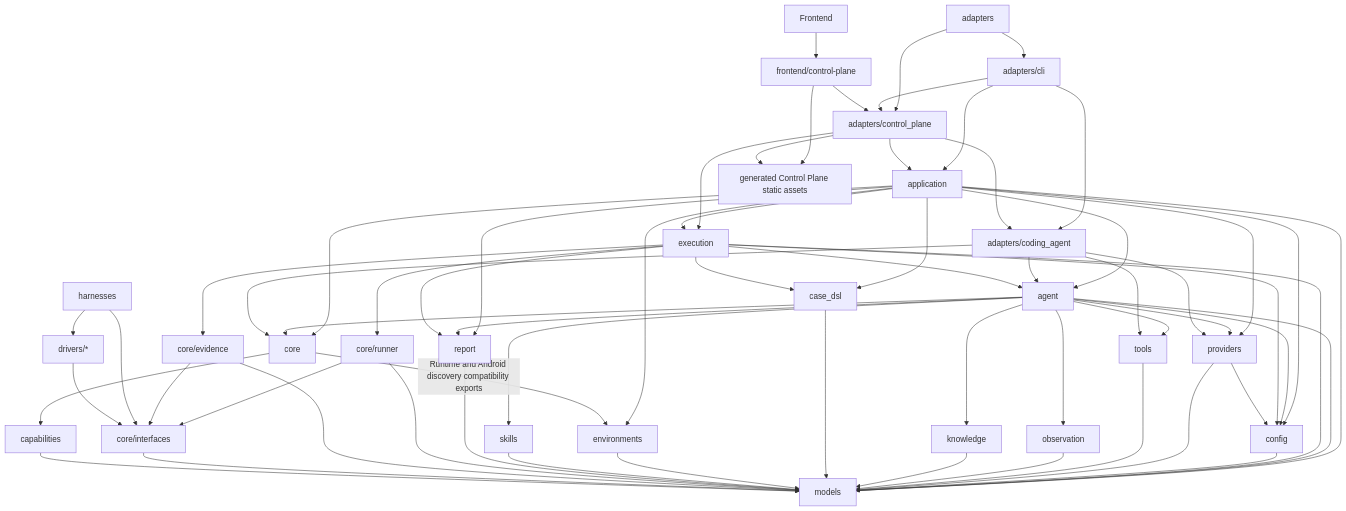
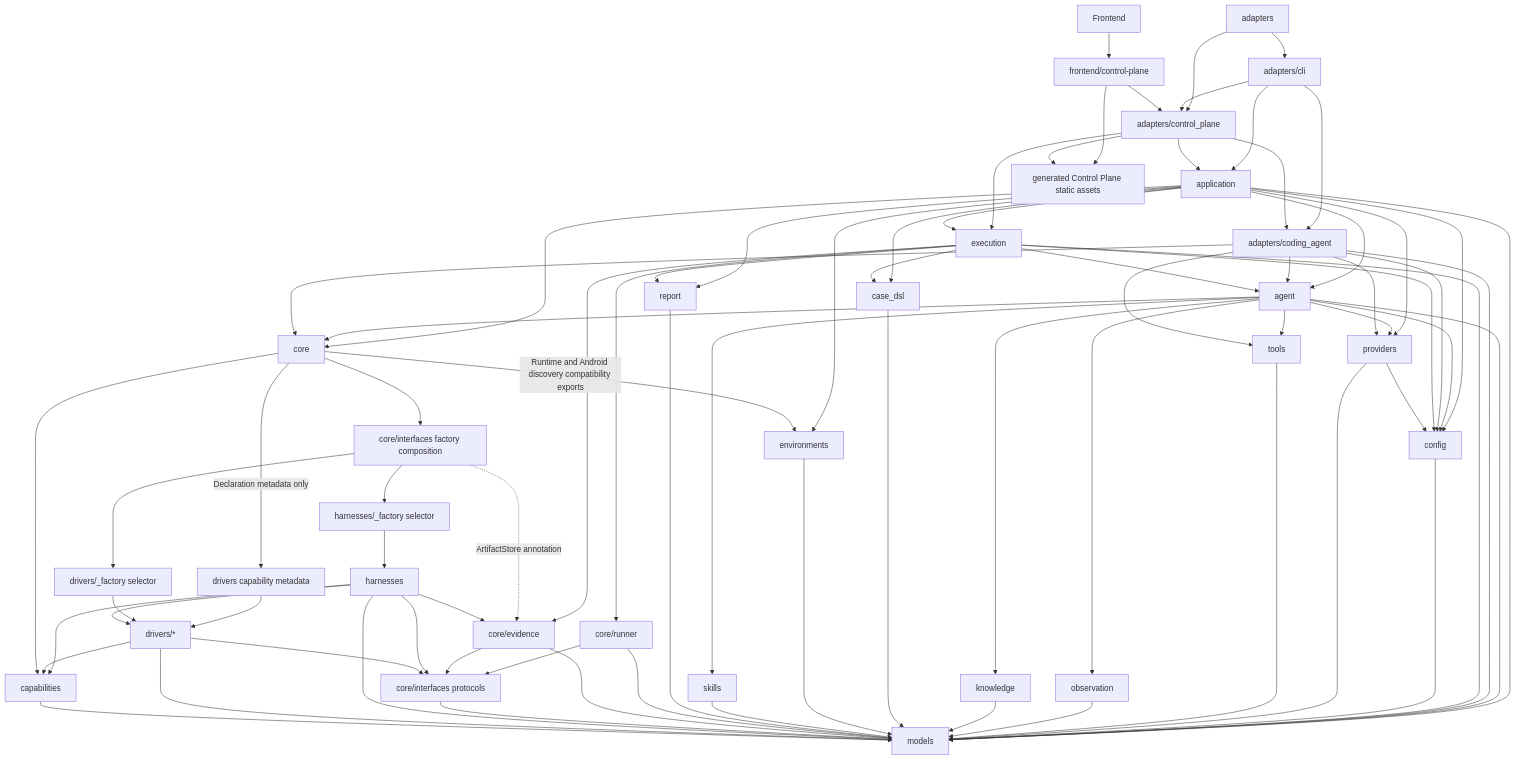
The diagram in SPEC.md (houlianpi/FSQ), drawn with Mermaid before and after one commit. The commit also changed other lines of this file and 162 other files, not shown here.

````diff
--- a/SPEC.md
+++ b/SPEC.md
@@ -187,65 +199,79 @@
 ```mermaid
 flowchart TD
     Adapters[adapters] --> CLI[adapters/cli]
     Adapters --> ControlPlane[adapters/control_plane]
     CLI --> Application[application]
     CLI --> ControlPlane
     ControlPlane --> Application
     ControlPlane --> Execution[execution]
     CLI --> CodingAgent[adapters/coding_agent]
     ControlPlane --> CodingAgent
     Application --> Agent[agent]
     Application --> Execution
     Application --> Core[core]
     Application --> CaseDSL[case_dsl]
     Application --> Environments[environments]
     Application --> Config[config]
     Application --> Providers[providers]
     Application --> Models[models]
     Application --> Report[report]
     Agent --> Core[core]
     Agent --> Config[config]
     Agent --> Providers[providers]
     Agent --> Models[models]
     Agent --> Tools[tools]
     Agent --> Observation[observation]
     Agent --> Knowledge[knowledge]
     Agent --> Skills[skills]
-    Agent --> Report[report]
     CodingAgent --> Agent
     CodingAgent --> Providers
     CodingAgent --> Core
     CodingAgent --> Tools
+    CodingAgent --> Config
+    CodingAgent --> Models
     Execution --> Agent
     Execution --> CoreRunner[core/runner]
     Execution --> CoreEvidence[core/evidence]
     Execution --> CaseDSL
     Execution --> Config
     Execution --> Models
     Execution --> Report
     Config --> Models
     Providers --> Config
     Providers --> Models
     Tools --> Models
     Observation --> Models
     Knowledge --> Models
     CaseDSL --> Models
     Environments --> Models
     Skills --> Models
     Report --> Models
-    CoreRunner --> CoreInterfaces[core/interfaces]
+    CoreRunner --> CoreInterfaces[core/interfaces protocols]
     CoreEvidence --> CoreInterfaces
     CoreRunner --> Models
     CoreEvidence --> Models
     CoreInterfaces --> Models
+    Core --> CoreFactories[core/interfaces factory composition]
+    CoreFactories --> DriverFactoryImpl[drivers/_factory selector]
+    CoreFactories --> HarnessFactoryImpl[harnesses/_factory selector]
+    CoreFactories -. ArtifactStore annotation .-> CoreEvidence
+    Core -->|Declaration metadata only| DriverMetadata[drivers capability metadata]
+    DriverMetadata --> Drivers
+    DriverFactoryImpl --> Drivers
+    HarnessFactoryImpl --> Harnesses
     Harnesses[harnesses] --> CoreInterfaces
     Harnesses --> Drivers[drivers/*]
+    Harnesses --> CoreEvidence
+    Harnesses --> Models
+    Harnesses --> Capabilities
     Drivers --> CoreInterfaces
+    Drivers --> Models
+    Drivers --> Capabilities
     Capabilities[capabilities] --> Models
     Core --> Capabilities
     Core -->|Runtime and Android discovery compatibility exports| Environments
     Frontend --> FrontendControlPlane[frontend/control-plane]
     FrontendControlPlane --> ControlPlane
     FrontendControlPlane --> ControlPlaneStatic[generated Control Plane static assets]
     ControlPlane --> ControlPlaneStatic
 ```
````
